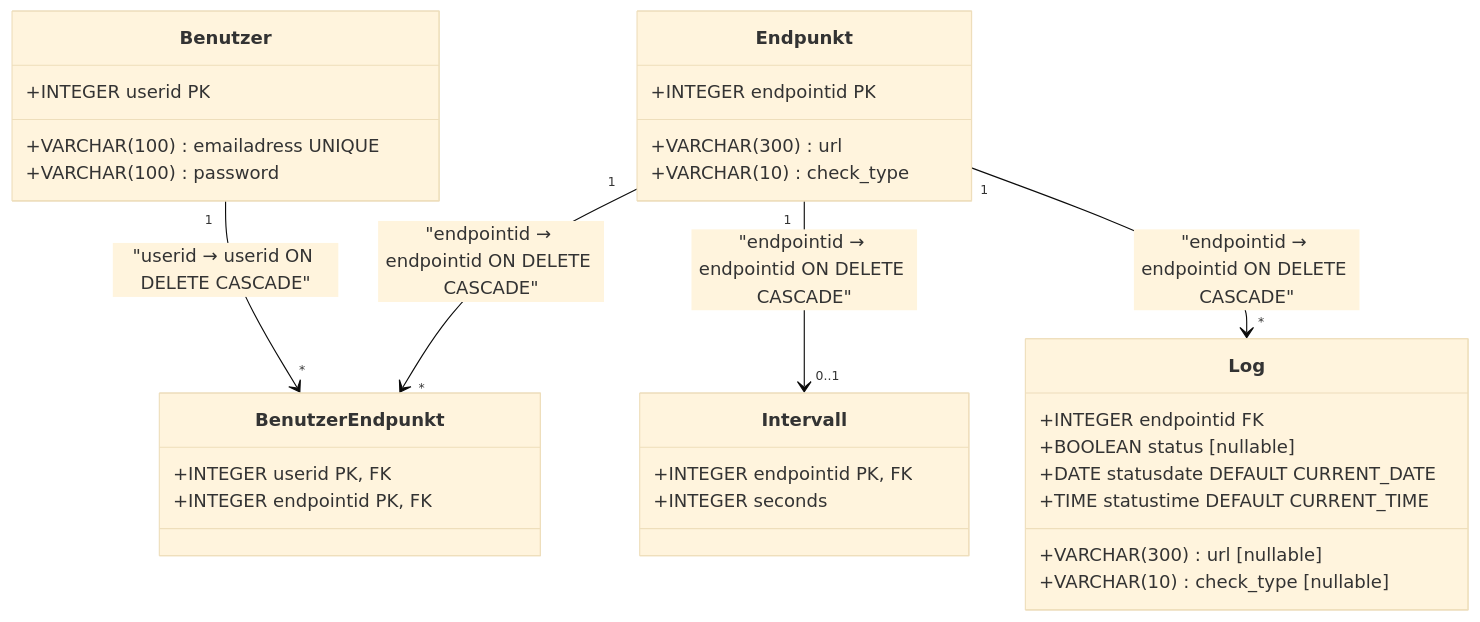
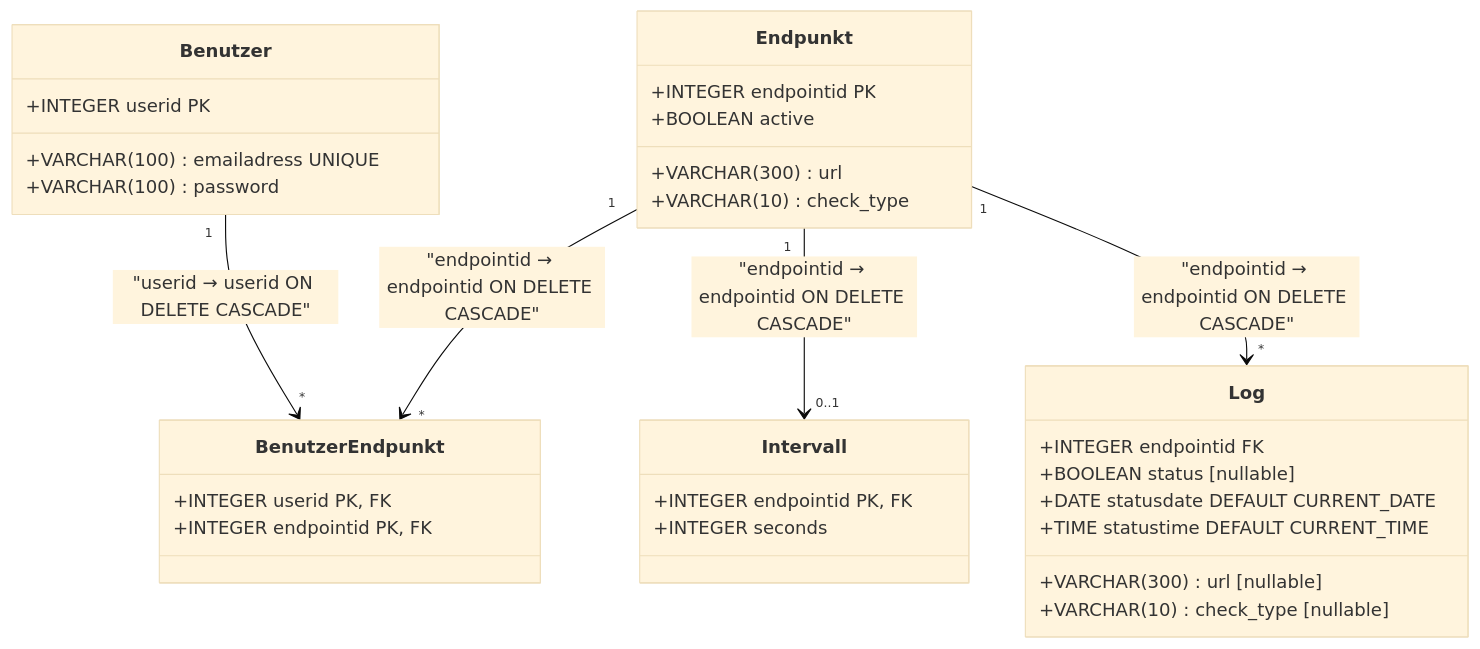
Before and after one commit to DevDaio/ACM_API-Connection-Monitor: the seventh of 10 diagrams in explain-canvas.md, drawn with Mermaid (base theme). The commit also changed other lines of this file and 16 other files, not shown here.

````diff
--- a/explain-canvas.md
+++ b/explain-canvas.md
@@ -339,38 +340,39 @@
 ```mermaid
 classDiagram
     class Benutzer {
         +INTEGER userid PK
         +VARCHAR(100) emailadress UNIQUE
         +VARCHAR(100) password
     }
 
     class Endpunkt {
         +INTEGER endpointid PK
         +VARCHAR(300) url
         +VARCHAR(10) check_type
+        +BOOLEAN active
     }
 
     class BenutzerEndpunkt {
         +INTEGER userid PK, FK
         +INTEGER endpointid PK, FK
     }
 
     class Intervall {
         +INTEGER endpointid PK, FK
         +INTEGER seconds
     }
 
     class Log {
         +INTEGER endpointid FK
         +BOOLEAN status [nullable]
         +VARCHAR(300) url [nullable]
         +VARCHAR(10) check_type [nullable]
         +DATE statusdate DEFAULT CURRENT_DATE
         +TIME statustime DEFAULT CURRENT_TIME
     }
 
     Benutzer "1" --> "*" BenutzerEndpunkt : "userid → userid ON DELETE CASCADE"
     Endpunkt "1" --> "*" BenutzerEndpunkt : "endpointid → endpointid ON DELETE CASCADE"
     Endpunkt "1" --> "0..1" Intervall : "endpointid → endpointid ON DELETE CASCADE"
     Endpunkt "1" --> "*" Log : "endpointid → endpointid ON DELETE CASCADE"
 ```
````
